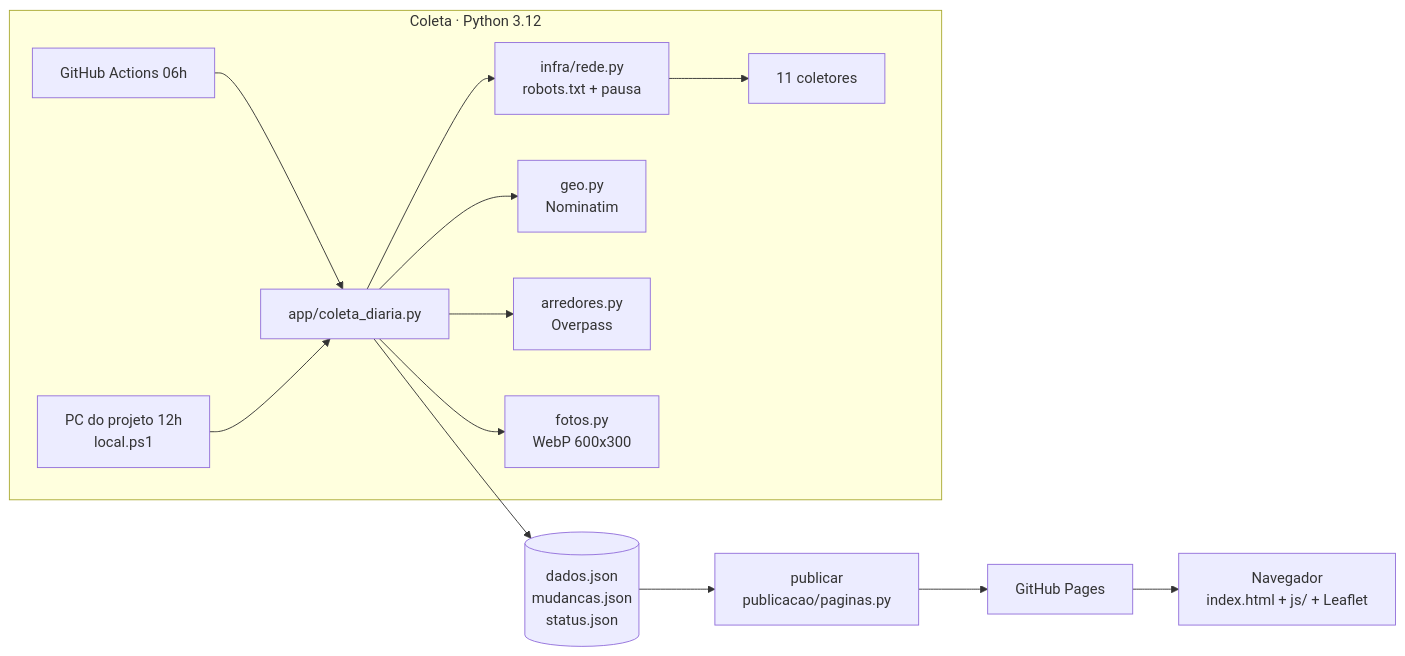
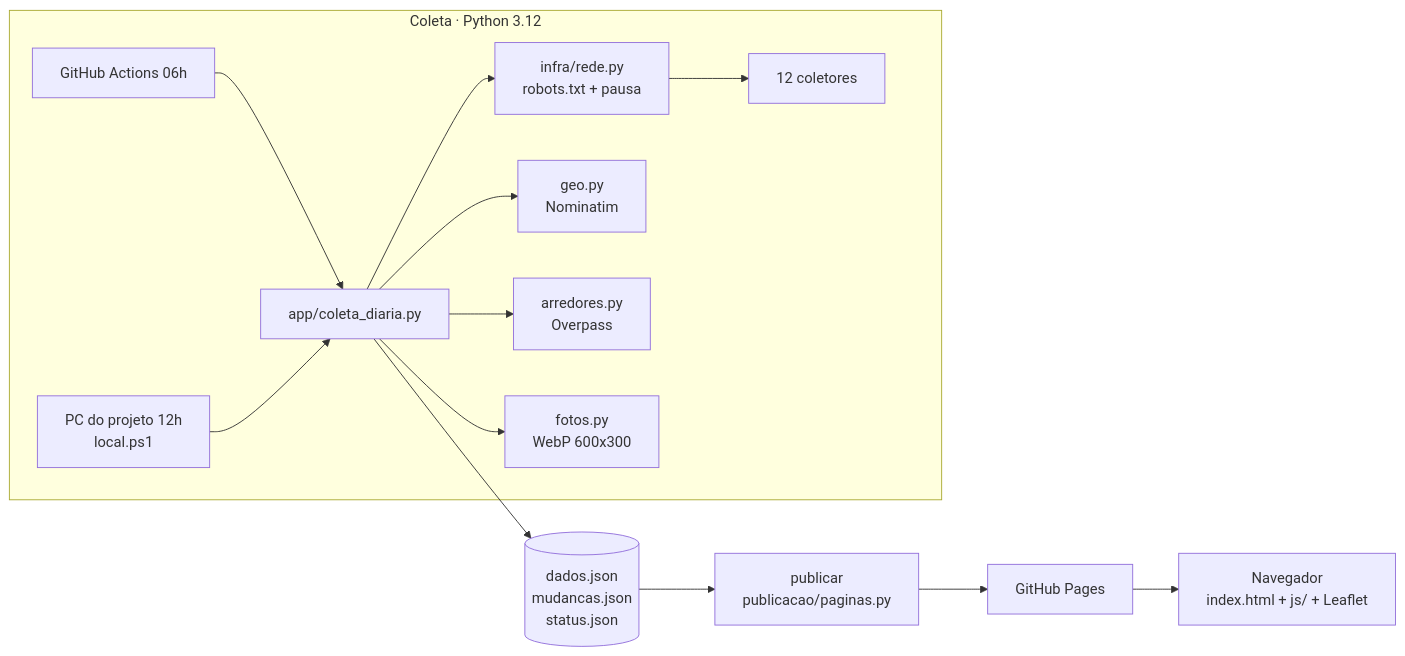
The diagram in docs/TRD.md (yH3rcul3Sy/naplanta), drawn with Mermaid before and after one commit. The commit also changed 9 other files, not shown here.

````diff
--- a/docs/TRD.md
+++ b/docs/TRD.md
@@ -9,16 +9,16 @@
 ```mermaid
 flowchart LR
     subgraph Coleta [Coleta · Python 3.12]
       A[GitHub Actions 06h] --> C[app/coleta_diaria.py]
       L[PC do projeto 12h<br>local.ps1] --> C
       C --> R[infra/rede.py<br>robots.txt + pausa]
-      R --> F[11 coletores]
+      R --> F[12 coletores]
       C --> G[geo.py<br>Nominatim]
       C --> AR[arredores.py<br>Overpass]
       C --> FO[fotos.py<br>WebP 600x300]
     end
     C --> J[(dados.json<br>mudancas.json<br>status.json)]
     J --> P[publicar<br>publicacao/paginas.py]
     P --> GH[GitHub Pages]
     GH --> U[Navegador<br>index.html + js/ + Leaflet]
 ```
````
